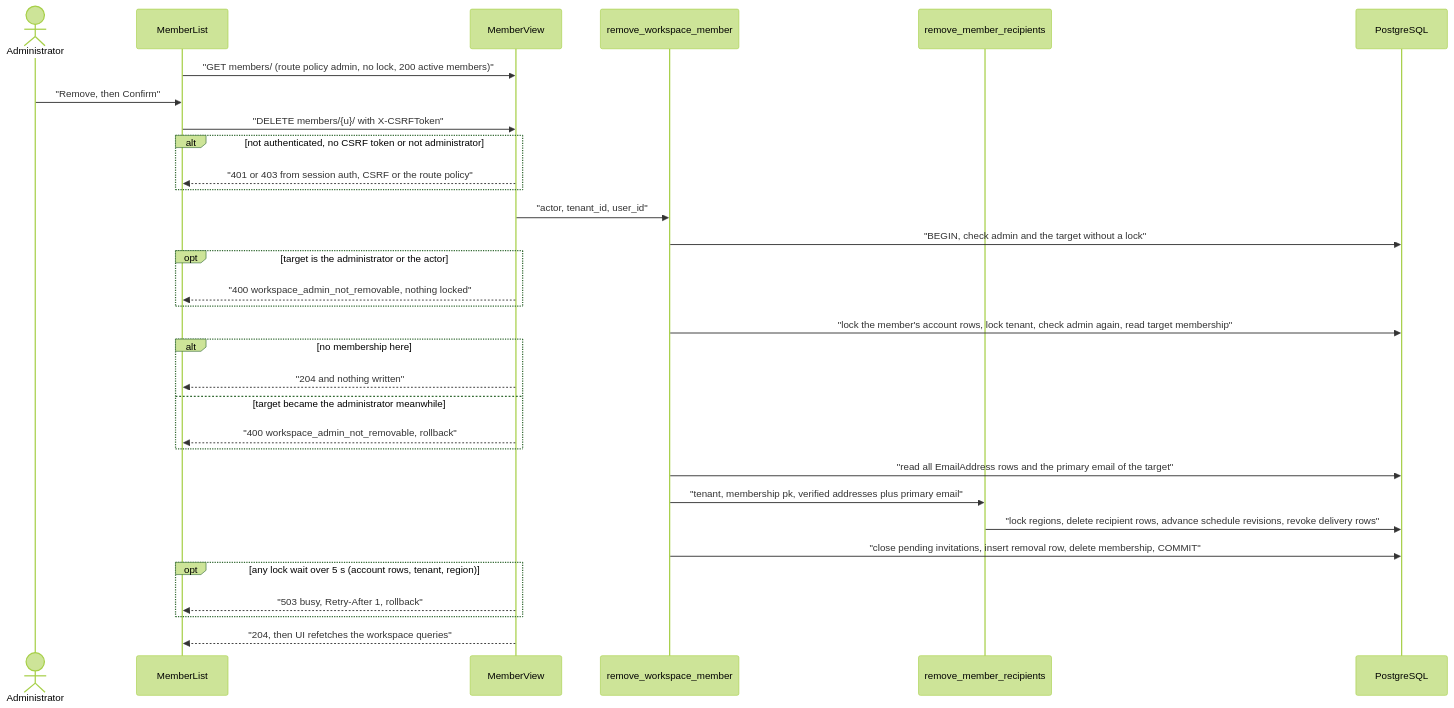
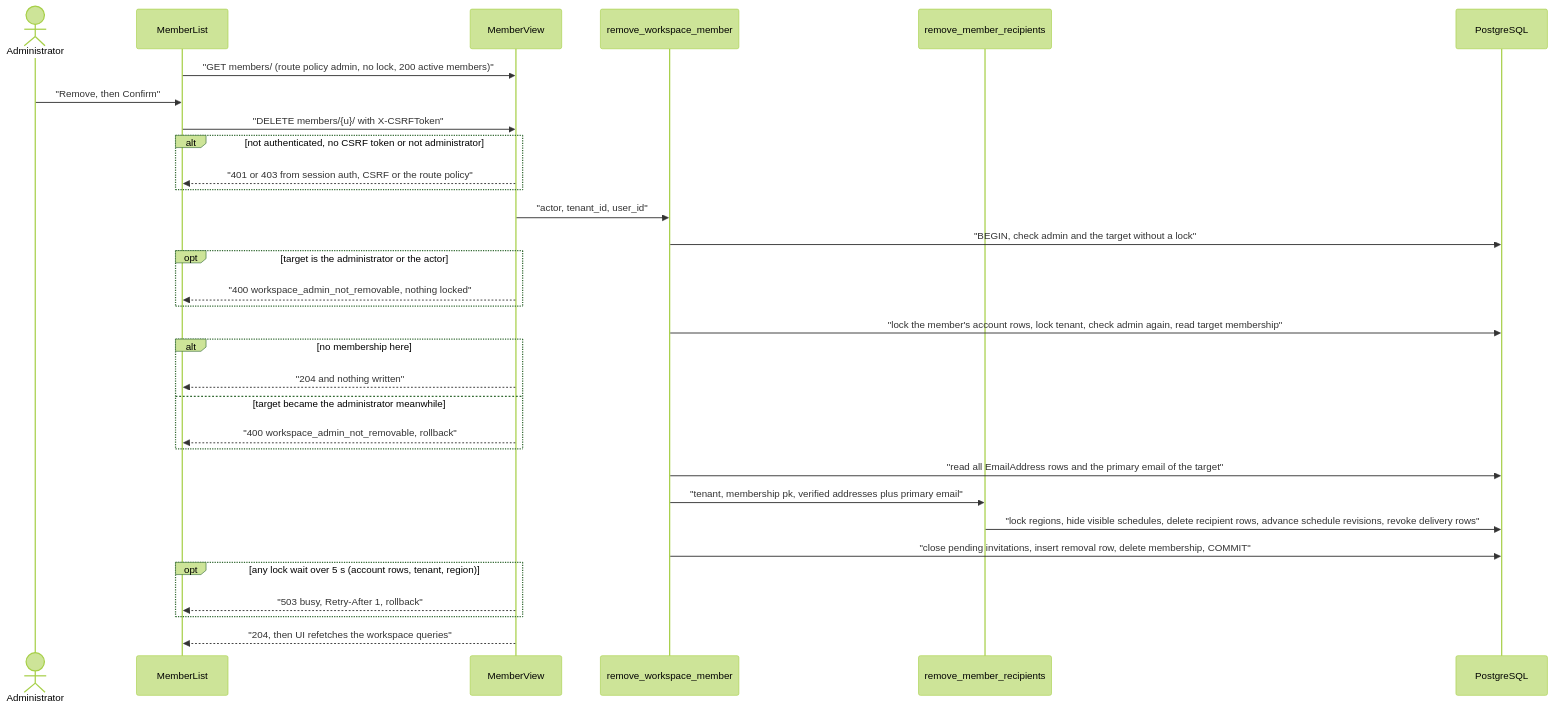
Before and after one commit to erkurtharun/pyracast: the diagram in docs/flows/member-removal.md, drawn with Mermaid (forest theme). The commit also changed other lines of this file and 12 other files, not shown here.

First line of the commit message:
Describe recipient roles of reminder mail in the flow pages (#141)

````diff
--- a/docs/flows/member-removal.md
+++ b/docs/flows/member-removal.md
@@ -14,34 +14,34 @@
 ```mermaid
 sequenceDiagram
     actor A as Administrator
     participant UI as MemberList
     participant V as MemberView
     participant Op as remove_workspace_member
     participant Rc as remove_member_recipients
     participant DB as PostgreSQL
     UI->>V: "GET members/ (route policy admin, no lock, 200 active members)"
     A->>UI: "Remove, then Confirm"
     UI->>V: "DELETE members/{u}/ with X-CSRFToken"
     alt not authenticated, no CSRF token or not administrator
         V-->>UI: "401 or 403 from session auth, CSRF or the route policy"
     end
     V->>Op: "actor, tenant_id, user_id"
     Op->>DB: "BEGIN, check admin and the target without a lock"
     opt target is the administrator or the actor
         V-->>UI: "400 workspace_admin_not_removable, nothing locked"
     end
     Op->>DB: "lock the member's account rows, lock tenant, check admin again, read target membership"
     alt no membership here
         V-->>UI: "204 and nothing written"
     else target became the administrator meanwhile
         V-->>UI: "400 workspace_admin_not_removable, rollback"
     end
     Op->>DB: "read all EmailAddress rows and the primary email of the target"
     Op->>Rc: "tenant, membership pk, verified addresses plus primary email"
-    Rc->>DB: "lock regions, delete recipient rows, advance schedule revisions, revoke delivery rows"
+    Rc->>DB: "lock regions, hide visible schedules, delete recipient rows, advance schedule revisions, revoke delivery rows"
     Op->>DB: "close pending invitations, insert removal row, delete membership, COMMIT"
     opt any lock wait over 5 s (account rows, tenant, region)
         V-->>UI: "503 busy, Retry-After 1, rollback"
     end
     V-->>UI: "204, then UI refetches the workspace queries"
 ```
````
